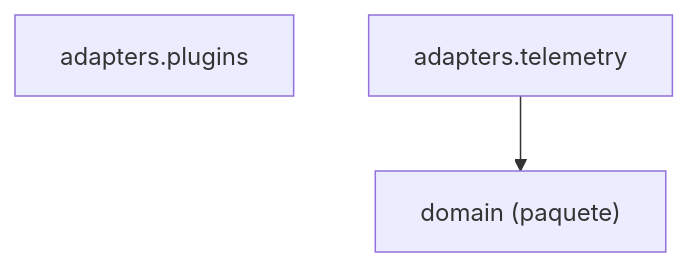
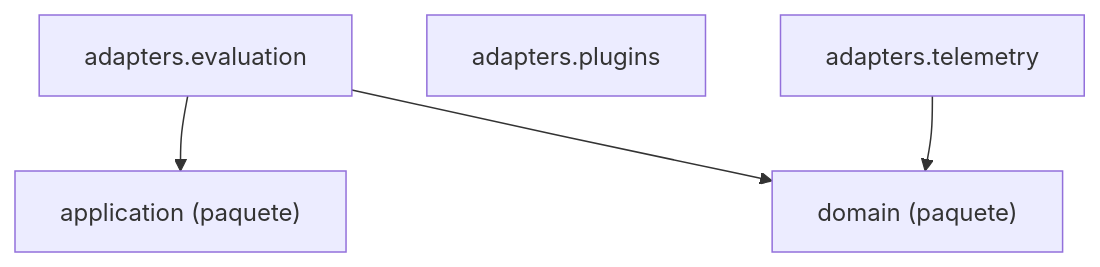
Before and after one commit to GonzaloZevallos/agentic-system: the diagram in docs/architecture/generated/packages-process-adapters.md, drawn with Mermaid. The commit also changed 7 other files, not shown here.

````diff
--- a/docs/architecture/generated/packages-process-adapters.md
+++ b/docs/architecture/generated/packages-process-adapters.md
@@ -14,7 +14,11 @@
 ```mermaid
 graph TD
+    g_pkg__application["application (paquete)"]
     g_pkg__domain["domain (paquete)"]
+    m_adapters__evaluation["adapters.evaluation"]
     m_adapters__plugins["adapters.plugins"]
     m_adapters__telemetry["adapters.telemetry"]
+    m_adapters__evaluation --> g_pkg__application
+    m_adapters__evaluation --> g_pkg__domain
     m_adapters__telemetry --> g_pkg__domain
 ```
````
